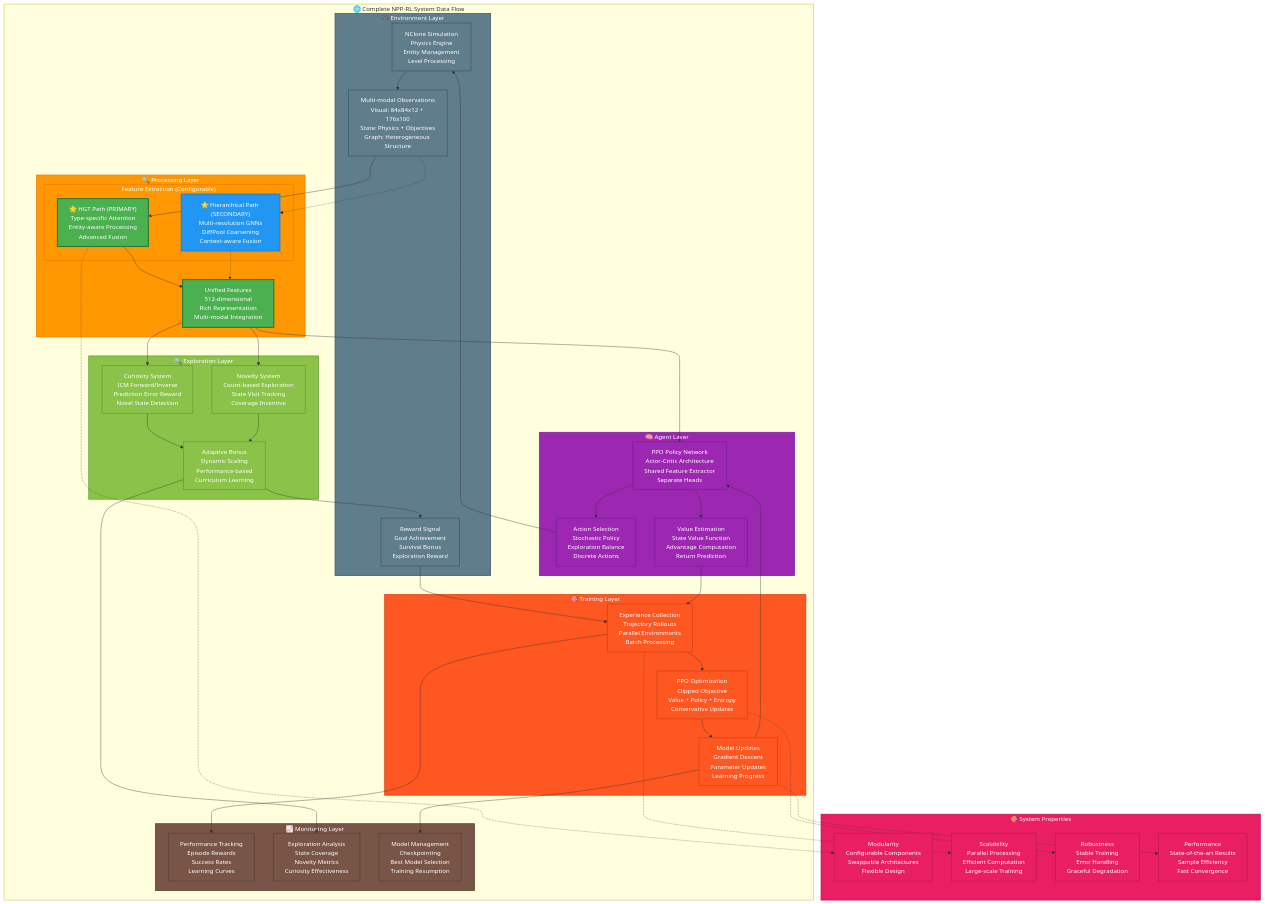
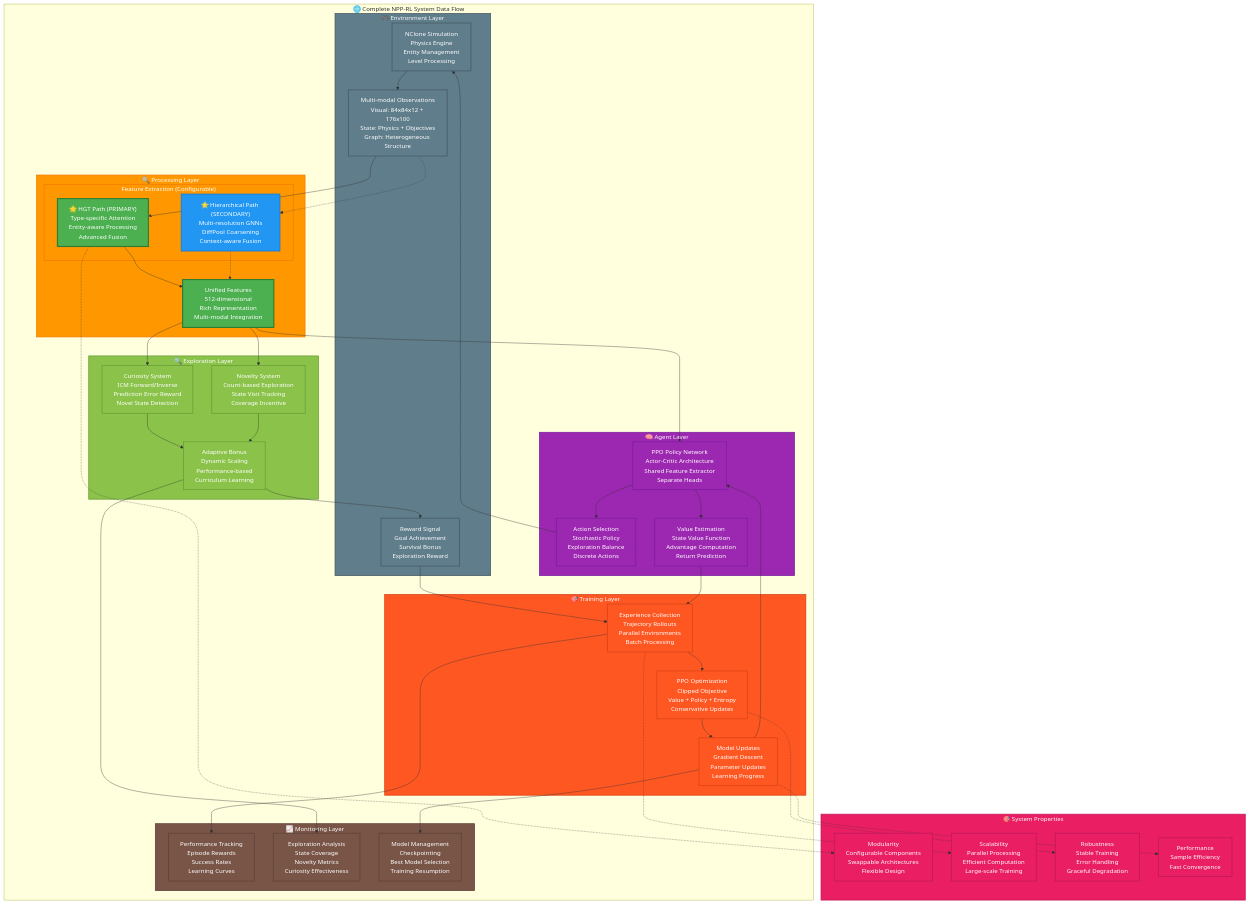
One commit to Tetramputechture/npp-rl changed the eighth of 8 diagrams in docs/project-architecture-diagrams.md. Above: the diagram before and after it, drawn with Mermaid. The commit also changed other lines of this file and 8 other files, not shown here.

```diff
--- a/docs/project-architecture-diagrams.md
+++ b/docs/project-architecture-diagrams.md
@@ -840,7 +840,7 @@
         MODULARITY["Modularity<br/>Configurable Components<br/>Swappable Architectures<br/>Flexible Design"]
         SCALABILITY_PROP["Scalability<br/>Parallel Processing<br/>Efficient Computation<br/>Large-scale Training"]
         ROBUSTNESS["Robustness<br/>Stable Training<br/>Error Handling<br/>Graceful Degradation"]
-        PERFORMANCE_PROP["Performance<br/>State-of-the-art Results<br/>Sample Efficiency<br/>Fast Convergence"]
+        PERFORMANCE_PROP["Performance<br/>Sample Efficiency<br/>Fast Convergence"]
     end
     
     %% Primary Data Flow (HGT Path)
```
